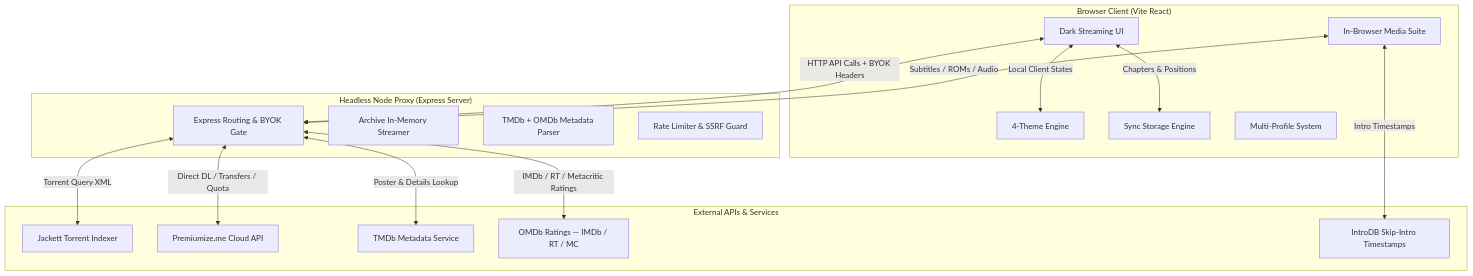
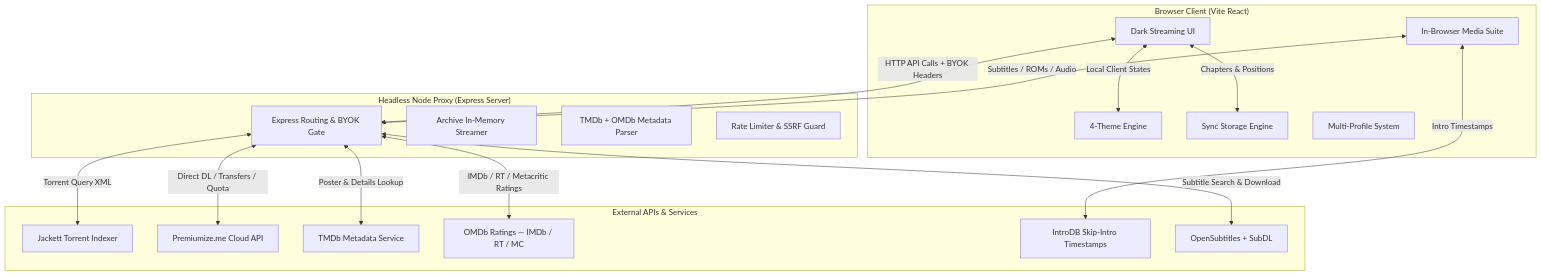
The diagram in README.md (BioHapHazard/Premio), drawn with Mermaid before and after one commit. The commit also changed other lines of this file and 3 other files, not shown here.

````diff
--- a/README.md
+++ b/README.md
@@ -11,36 +11,38 @@
 ```mermaid
 graph TD
     subgraph BrowserClient["Browser Client (Vite React)"]
         UI[Dark Streaming UI]
         Theme[4-Theme Engine]
         Players[In-Browser Media Suite]
         Cache[Sync Storage Engine]
         Profiles[Multi-Profile System]
     end
 
     subgraph HeadlessNode["Headless Node Proxy (Express Server)"]
         Server[Express Routing & BYOK Gate]
         ZipStream[Archive In-Memory Streamer]
         Metadata[TMDb + OMDb Metadata Parser]
         RateLimit[Rate Limiter & SSRF Guard]
     end
 
     subgraph ExternalAPIs["External APIs & Services"]
         Jackett[Jackett Torrent Indexer]
         PM_API[Premiumize.me Cloud API]
         TMDB[TMDb Metadata Service]
         OMDB[OMDb Ratings — IMDb / RT / MC]
         IntroDB[IntroDB Skip-Intro Timestamps]
+        Subs[OpenSubtitles + SubDL]
     end
 
     UI <-->|Local Client States| Theme
     UI <-->|Chapters & Positions| Cache
     UI <-->|HTTP API Calls + BYOK Headers| Server
     Players <-->|Subtitles / ROMs / Audio| Server
 
     Server <-->|Torrent Query XML| Jackett
     Server <-->|Direct DL / Transfers / Quota| PM_API
     Server <-->|Poster & Details Lookup| TMDB
     Server <-->|IMDb / RT / Metacritic Ratings| OMDB
+    Server <-->|Subtitle Search & Download| Subs
     Players <-->|Intro Timestamps| IntroDB
 ```
````
